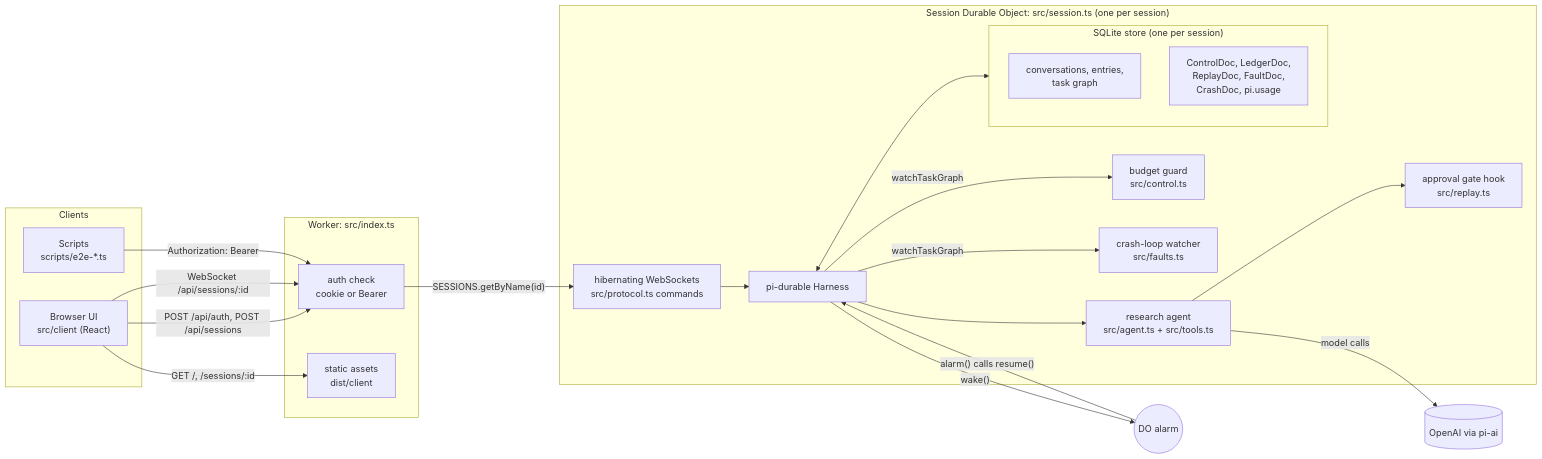
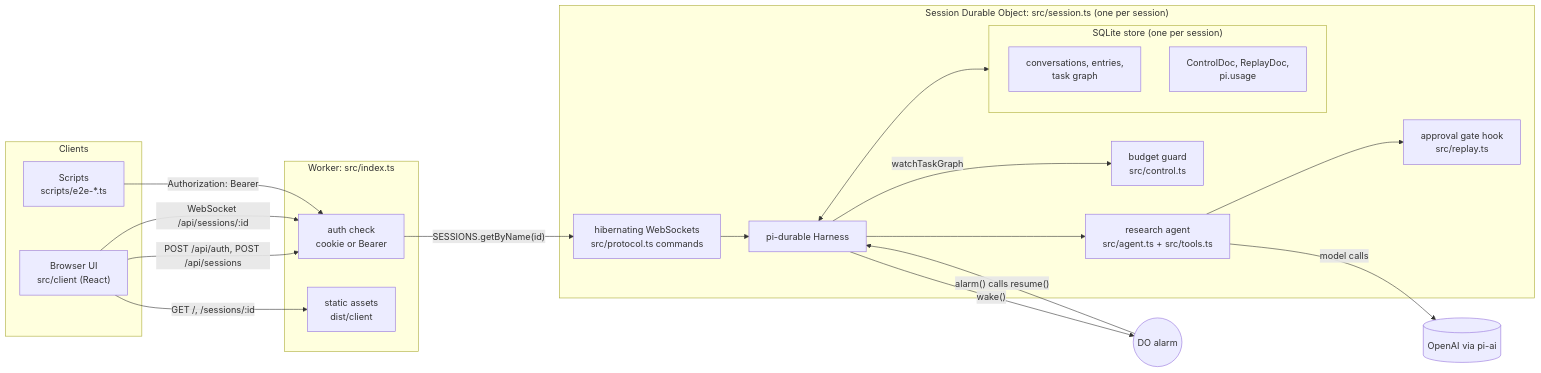
One commit to hung-ngm/pi-durable-replay changed the first of 6 diagrams in SPEC.md. Above: the diagram before and after it, drawn with Mermaid. The commit also changed other lines of this file and 4 other files, not shown here.

````diff
--- a/SPEC.md
+++ b/SPEC.md
@@ -71,43 +76,41 @@
 ```mermaid
 flowchart LR
   subgraph Clients
     UI["Browser UI<br/>src/client (React)"]
     Script["Scripts<br/>scripts/e2e-*.ts"]
   end
 
   subgraph Worker["Worker: src/index.ts"]
     Auth["auth check<br/>cookie or Bearer"]
     Assets["static assets<br/>dist/client"]
   end
 
   subgraph DO["Session Durable Object: src/session.ts (one per session)"]
     Socket["hibernating WebSockets<br/>src/protocol.ts commands"]
     Harness["pi-durable Harness"]
     Guard["budget guard<br/>src/control.ts"]
-    Watch["crash-loop watcher<br/>src/faults.ts"]
     Agent["research agent<br/>src/agent.ts + src/tools.ts"]
     Gate["approval gate hook<br/>src/replay.ts"]
     subgraph SQLite["SQLite store (one per session)"]
       Transcript["conversations, entries,<br/>task graph"]
-      Docs["ControlDoc, LedgerDoc,<br/>ReplayDoc, FaultDoc,<br/>CrashDoc, pi.usage"]
+      Docs["ControlDoc, ReplayDoc,<br/>pi.usage"]
     end
   end
 
   OpenAI[("OpenAI via pi-ai")]
   Alarm(("DO alarm"))
 
   UI -- "GET /, /sessions/:id" --> Assets
   UI -- "POST /api/auth, POST /api/sessions" --> Auth
   UI -- "WebSocket /api/sessions/:id" --> Auth
   Script -- "Authorization: Bearer" --> Auth
   Auth -- "SESSIONS.getByName(id)" --> Socket
   Socket --> Harness
   Harness --> Agent
   Agent --> Gate
   Agent -- "model calls" --> OpenAI
   Harness <--> SQLite
   Harness -- "watchTaskGraph" --> Guard
-  Harness -- "watchTaskGraph" --> Watch
   Harness -- "wake()" --> Alarm
   Alarm -- "alarm() calls resume()" --> Harness
 ```
````
